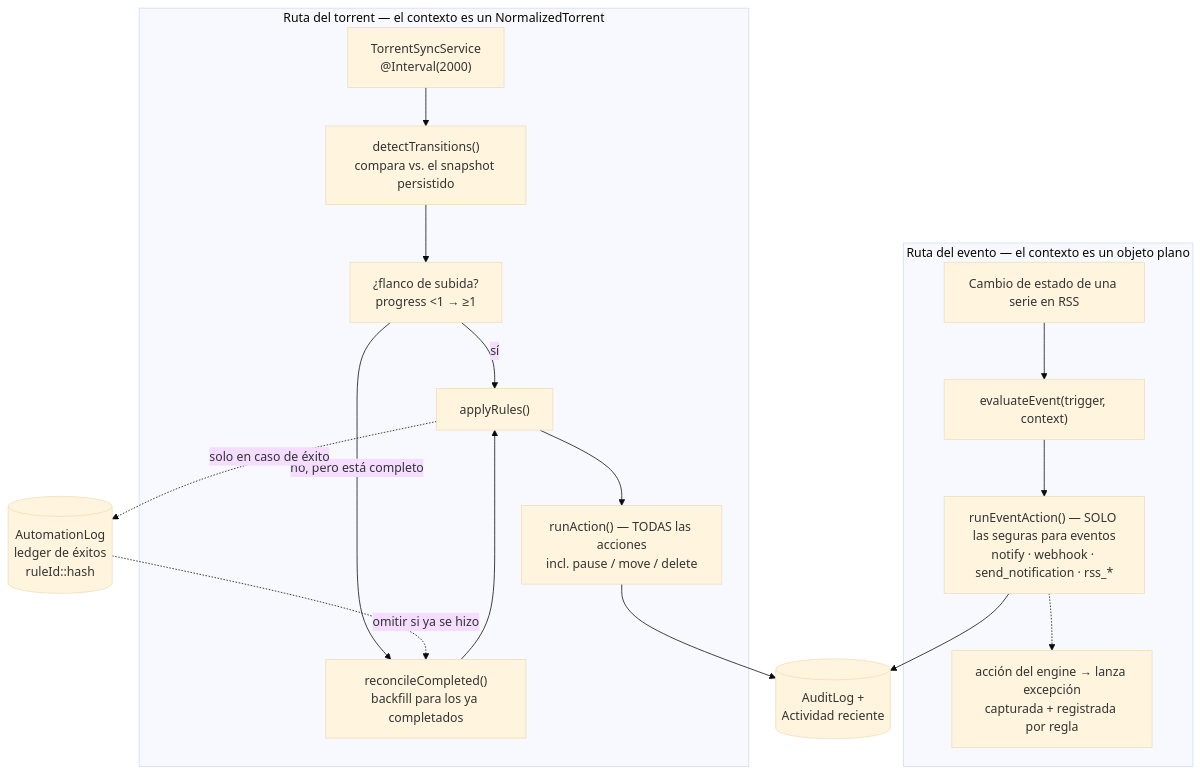
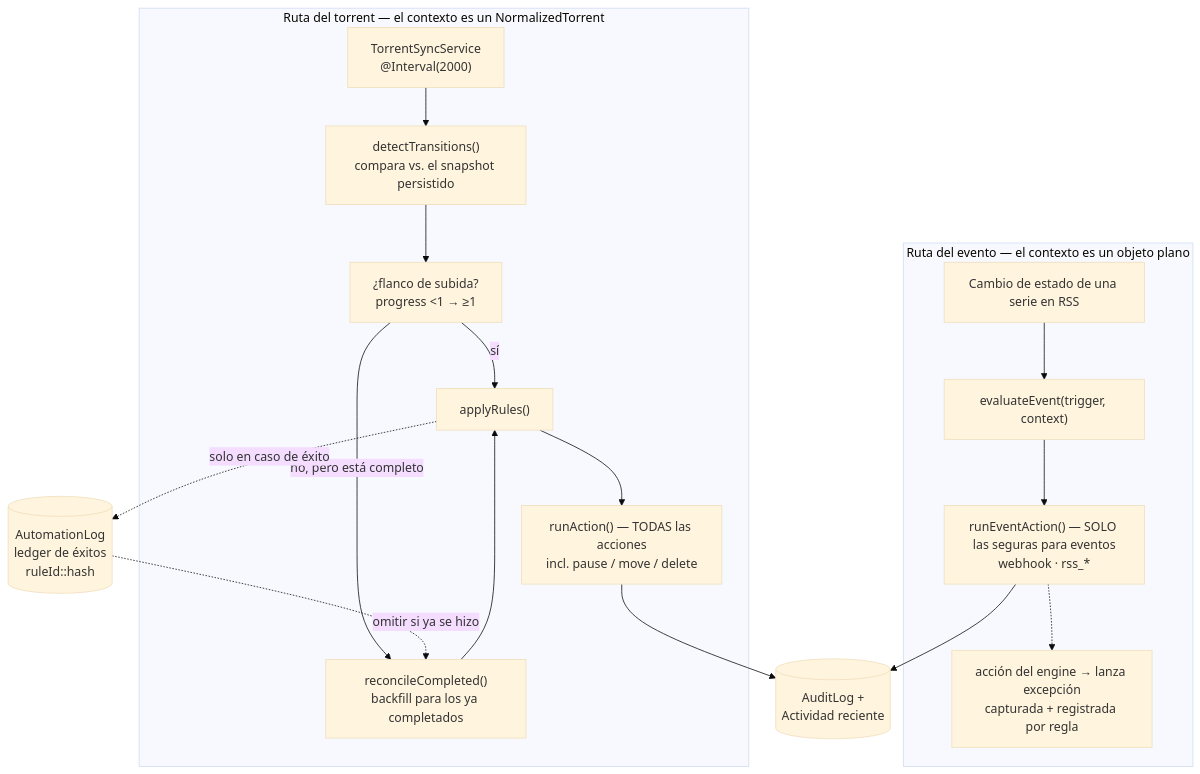
One commit to damirabal/ultratorrent-core changed the first of 2 diagrams in website/i18n/es-PR/docusaurus-plugin-content-docs/current/develop/automation.md. Above: the diagram before and after it, drawn with Mermaid (base theme). The commit also changed other lines of this file and 63 other files, not shown here.

````diff
--- a/website/i18n/es-PR/docusaurus-plugin-content-docs/current/develop/automation.md
+++ b/website/i18n/es-PR/docusaurus-plugin-content-docs/current/develop/automation.md
@@ -295,33 +288,33 @@
 ```mermaid
 flowchart TB
   subgraph Torrent["Ruta del torrent — el contexto es un NormalizedTorrent"]
     SYNC["TorrentSyncService<br/>@Interval(2000)"]
     DT["detectTransitions()<br/>compara vs. el snapshot persistido"]
     EDGE["¿flanco de subida?<br/>progress <1 → ≥1"]
     BF["reconcileCompleted()<br/>backfill para los ya completados"]
     AR["applyRules()"]
     EA["runAction() — TODAS las acciones<br/>incl. pause / move / delete"]
   end
 
   subgraph Event["Ruta del evento — el contexto es un objeto plano"]
     RSS["Cambio de estado de una serie en RSS"]
     EE["evaluateEvent(trigger, context)"]
-    REA["runEventAction() — SOLO las seguras para eventos<br/>notify · webhook · send_notification · rss_*"]
+    REA["runEventAction() — SOLO las seguras para eventos<br/>webhook · rss_*"]
     ERR["acción del engine → lanza excepción<br/>capturada + registrada por regla"]
   end
 
   LEDGER[("AutomationLog<br/>ledger de éxitos<br/>ruleId::hash")]
 
   SYNC --> DT --> EDGE
   EDGE -->|"sí"| AR
   EDGE -->|"no, pero está completo"| BF --> AR
   AR --> EA
   AR -.->|"solo en caso de éxito"| LEDGER
   LEDGER -.->|"omitir si ya se hizo"| BF
 
   RSS --> EE --> REA
   REA -.-> ERR
 
   EA --> AUDIT[("AuditLog +<br/>Actividad reciente")]
   REA --> AUDIT
 ```
````
